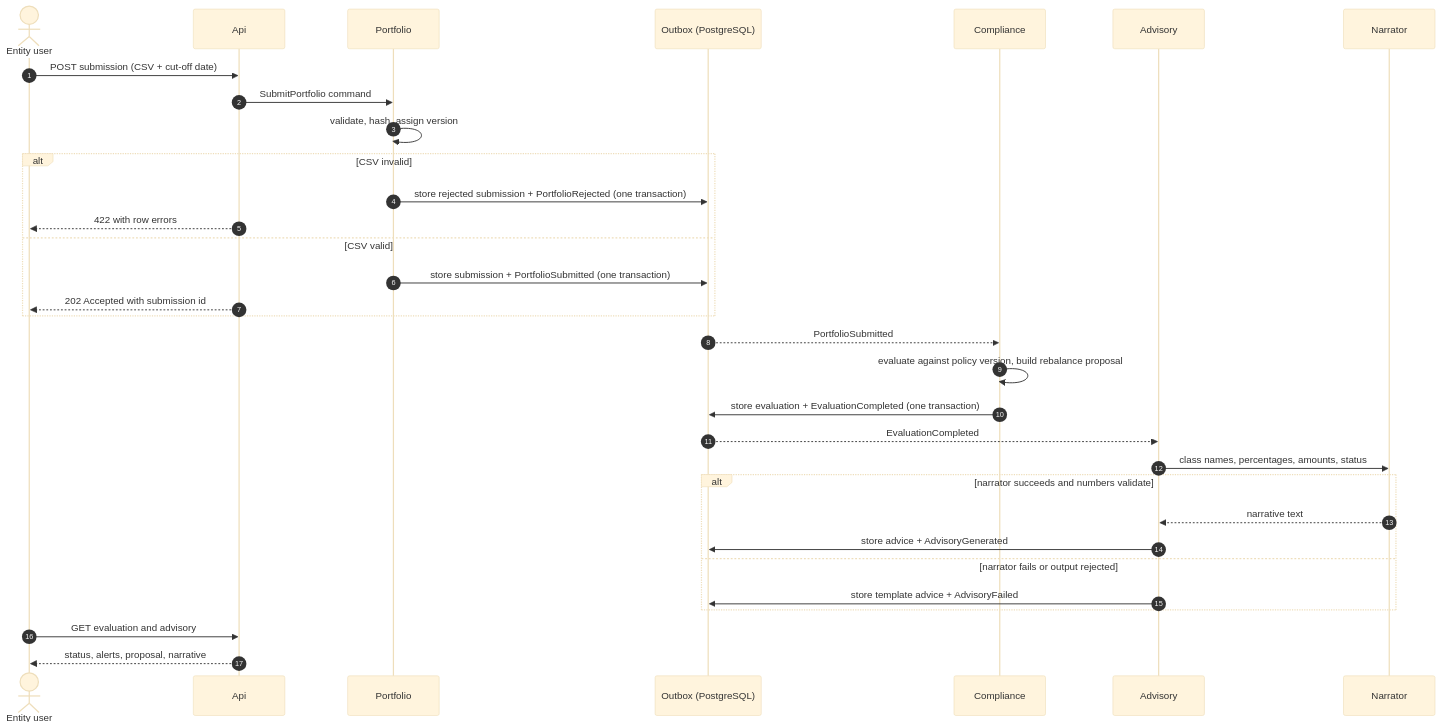
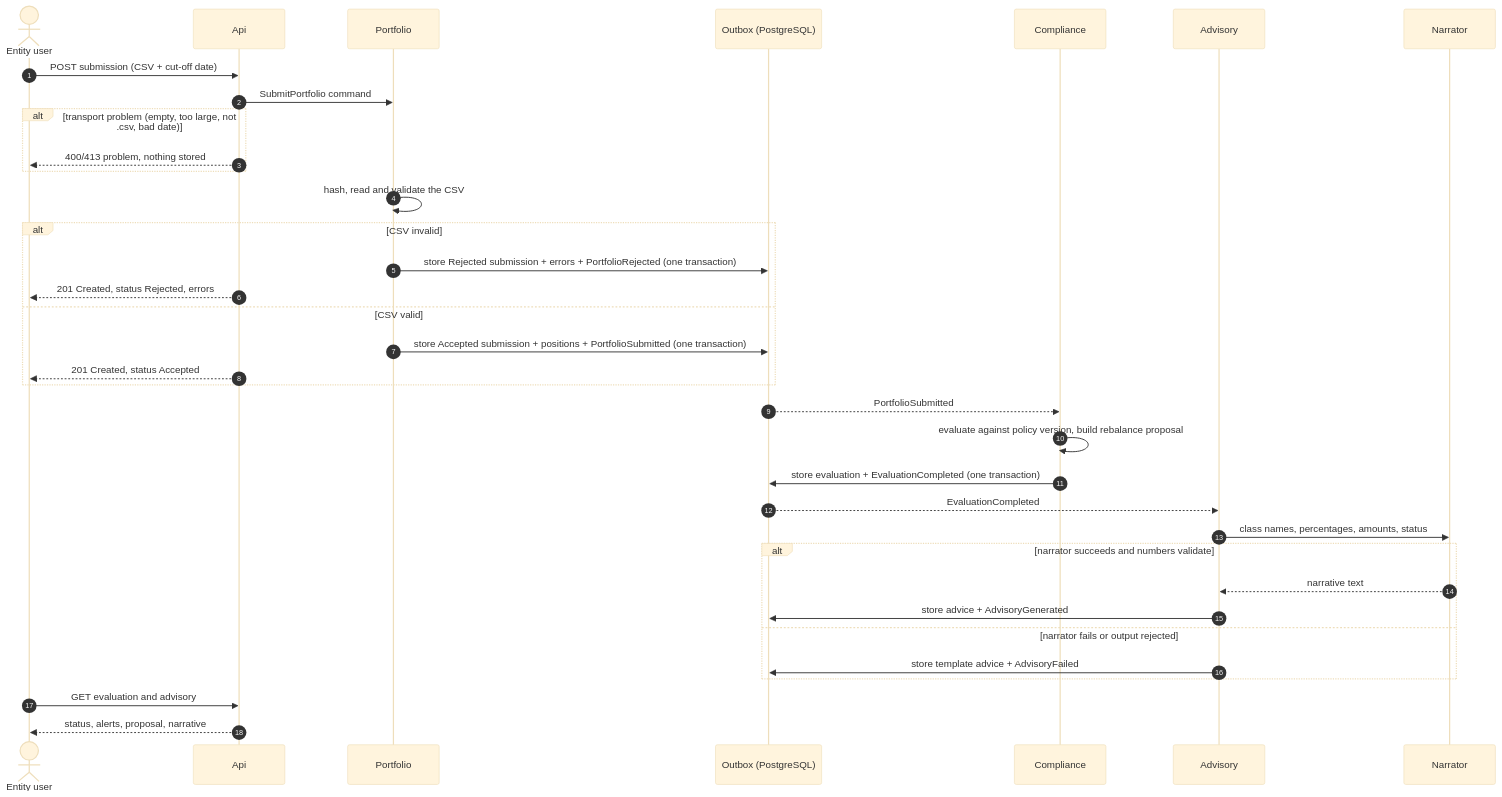
The fourth of 4 diagrams in docs/architecture/overview.md (marco-soria/finguard), drawn with Mermaid (base theme) before and after one commit. The commit also changed other lines of this file and 59 other files, not shown here.

Commit message:
feat: validate portfolio CSV and store positions or rejection errors (#17)

````diff
--- a/docs/architecture/overview.md
+++ b/docs/architecture/overview.md
@@ -104,35 +109,38 @@
 ```mermaid
 sequenceDiagram
   autonumber
   actor U as Entity user
   participant API as Api
   participant P as Portfolio
   participant OB as Outbox (PostgreSQL)
   participant C as Compliance
   participant A as Advisory
   participant N as Narrator
 
   U->>API: POST submission (CSV + cut-off date)
   API->>P: SubmitPortfolio command
-  P->>P: validate, hash, assign version
+  alt transport problem (empty, too large, not .csv, bad date)
+    API-->>U: 400/413 problem, nothing stored
+  end
+  P->>P: hash, read and validate the CSV
   alt CSV invalid
-    P->>OB: store rejected submission + PortfolioRejected (one transaction)
-    API-->>U: 422 with row errors
+    P->>OB: store Rejected submission + errors + PortfolioRejected (one transaction)
+    API-->>U: 201 Created, status Rejected, errors
   else CSV valid
-    P->>OB: store submission + PortfolioSubmitted (one transaction)
-    API-->>U: 202 Accepted with submission id
+    P->>OB: store Accepted submission + positions + PortfolioSubmitted (one transaction)
+    API-->>U: 201 Created, status Accepted
   end
   OB-->>C: PortfolioSubmitted
   C->>C: evaluate against policy version, build rebalance proposal
   C->>OB: store evaluation + EvaluationCompleted (one transaction)
   OB-->>A: EvaluationCompleted
   A->>N: class names, percentages, amounts, status
   alt narrator succeeds and numbers validate
     N-->>A: narrative text
     A->>OB: store advice + AdvisoryGenerated
   else narrator fails or output rejected
     A->>OB: store template advice + AdvisoryFailed
   end
   U->>API: GET evaluation and advisory
   API-->>U: status, alerts, proposal, narrative
 ```
````
